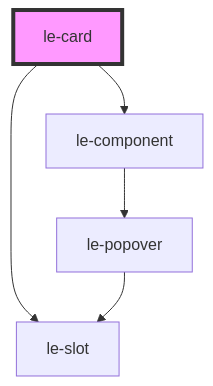
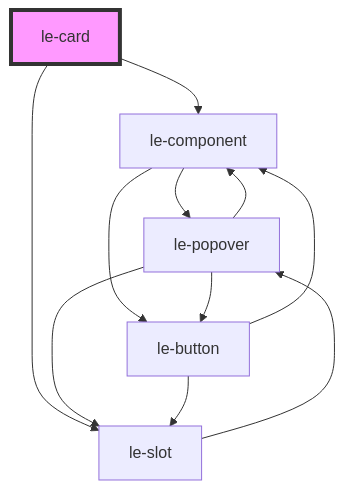
Before and after one commit to leechy/le-kit: the diagram in src/components/le-card/readme.md, drawn with Mermaid. The commit also changed 9 other files, not shown here.

First line of the commit message:
feat(le-slot): add component picker for slot dropzones

````diff
--- a/src/components/le-card/readme.md
+++ b/src/components/le-card/readme.md
@@ -51,8 +51,14 @@
 ```mermaid
 graph TD;
   le-card --> le-component
   le-card --> le-slot
   le-component --> le-popover
+  le-component --> le-button
+  le-popover --> le-component
   le-popover --> le-slot
+  le-popover --> le-button
+  le-slot --> le-popover
+  le-button --> le-component
+  le-button --> le-slot
   style le-card fill:#f9f,stroke:#333,stroke-width:4px
 ```
````
